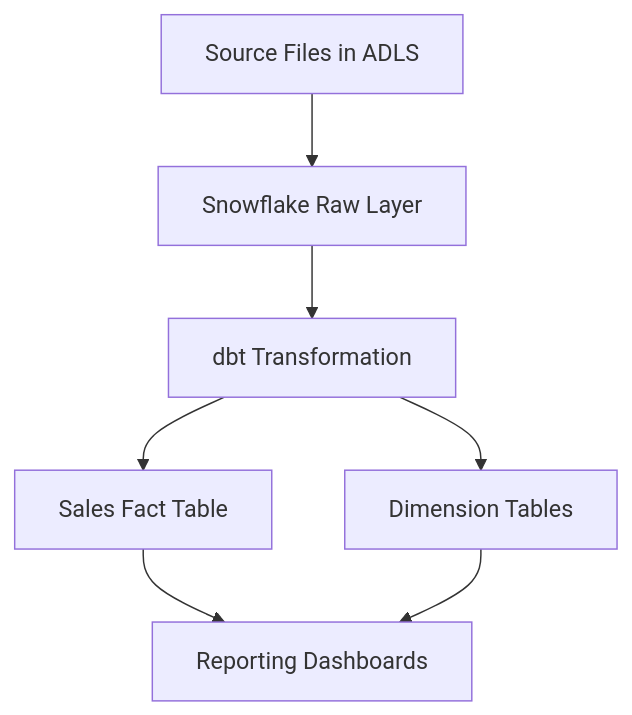
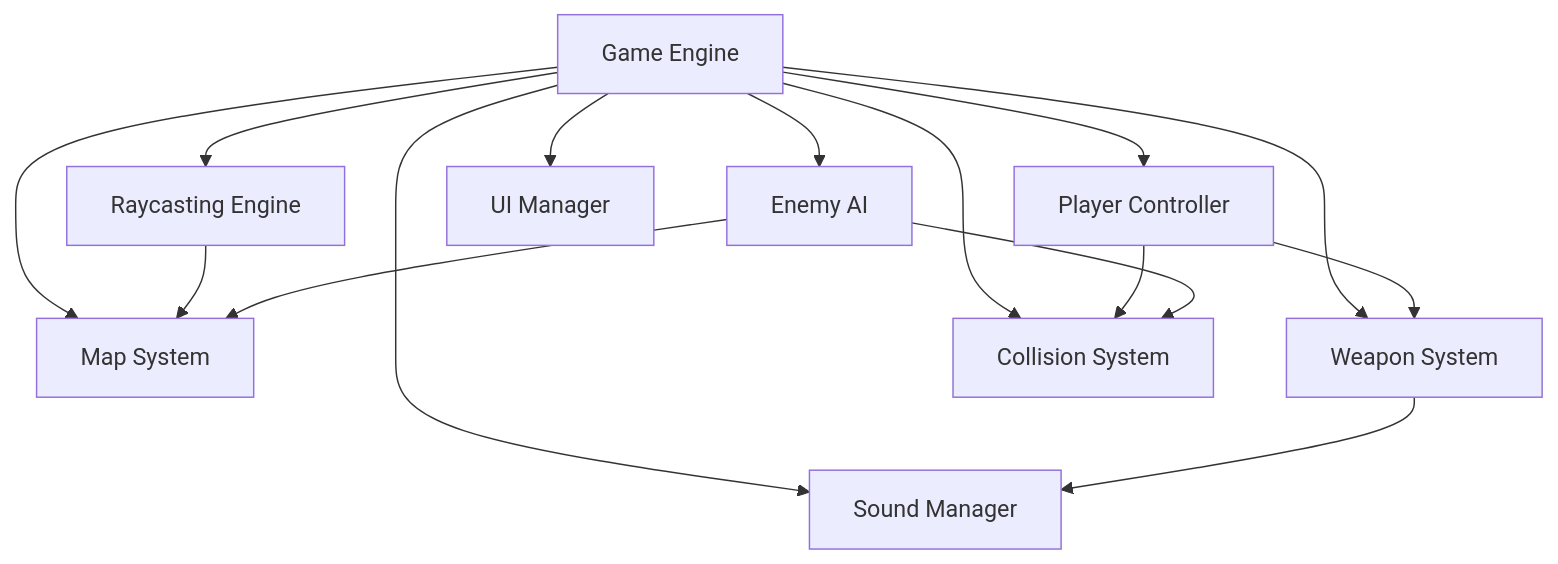
The diagram in memory-bank/systemPatterns.md (dvervarcke/cline), drawn with Mermaid before and after one commit. The commit also changed other lines of this file and 8 other files, not shown here.

Commit message:
Initial commit of Python Doom game implementation with raycasting, enemy AI, and basic game mechanics.

````diff
--- a/memory-bank/systemPatterns.md
+++ b/memory-bank/systemPatterns.md
@@ -14,9 +18,18 @@
 ```mermaid
 flowchart TD
-    A[Source Files in ADLS] --> B[Snowflake Raw Layer]
-    B --> C[dbt Transformation]
-    C --> D[Sales Fact Table]
-    C --> E[Dimension Tables]
-    D --> F[Reporting Dashboards]
-    E --> F
+    A[Game Engine] --> B[Raycasting Engine]
+    A --> C[Player Controller]
+    A --> D[Enemy AI]
+    A --> E[Map System]
+    A --> F[Weapon System]
+    A --> G[Sound Manager]
+    A --> H[Collision System]
+    A --> I[UI Manager]
+    
+    B --> E
+    C --> F
+    C --> H
+    D --> H
+    D --> E
+    F --> G
 ```
````
